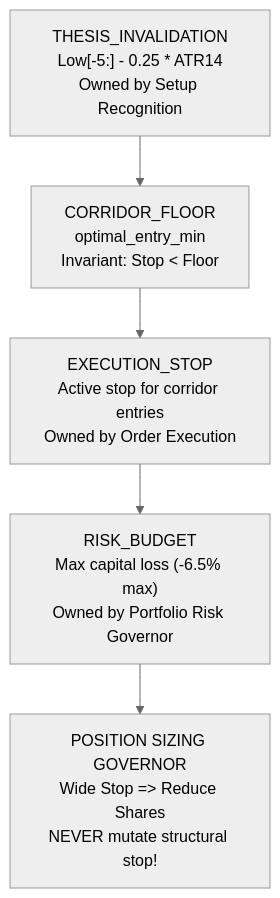
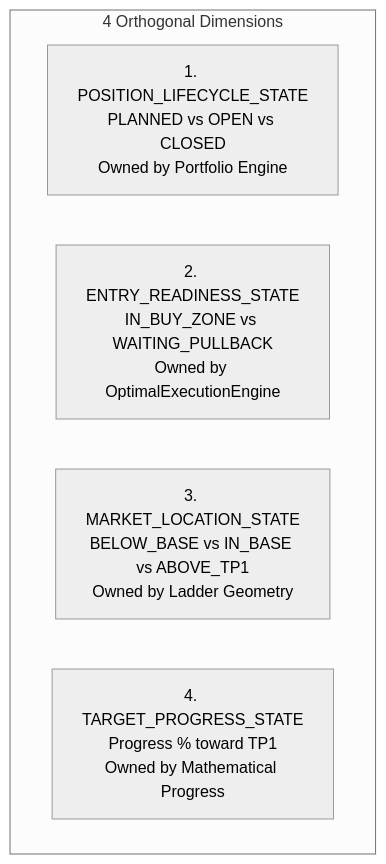
One commit to daakara/finance changed the diagram in docs/governance/EXECUTION_LADDER_REMEDIATION_SPECIFICATION.md. Above: the diagram before and after it, drawn with Mermaid (neutral theme). The commit also changed other lines of this file, not shown here.

Commit message:
docs(governance): close execution ladder TP1 and lifecycle semantics

````diff
--- a/docs/governance/EXECUTION_LADDER_REMEDIATION_SPECIFICATION.md
+++ b/docs/governance/EXECUTION_LADDER_REMEDIATION_SPECIFICATION.md
@@ -73,7 +64,9 @@
 ```mermaid
-flowchart TD
-    A["THESIS_INVALIDATION<br/>Low[-5:] - 0.25 * ATR14<br/>Owned by Setup Recognition"] --> B["CORRIDOR_FLOOR<br/>optimal_entry_min<br/>Invariant: Stop < Floor"]
-    B --> C["EXECUTION_STOP<br/>Active stop for corridor entries<br/>Owned by Order Execution"]
-    C --> D["RISK_BUDGET<br/>Max capital loss (-6.5% max)<br/>Owned by Portfolio Risk Governor"]
-    D --> E["POSITION SIZING GOVERNOR<br/>Wide Stop => Reduce Shares<br/>NEVER mutate structural stop!"]
+graph TD
+    subgraph Dimensions["4 Orthogonal Dimensions"]
+        D1["1. POSITION_LIFECYCLE_STATE<br/>PLANNED vs OPEN vs CLOSED<br/>Owned by Portfolio Engine"]
+        D2["2. ENTRY_READINESS_STATE<br/>IN_BUY_ZONE vs WAITING_PULLBACK<br/>Owned by OptimalExecutionEngine"]
+        D3["3. MARKET_LOCATION_STATE<br/>BELOW_BASE vs IN_BASE vs ABOVE_TP1<br/>Owned by Ladder Geometry"]
+        D4["4. TARGET_PROGRESS_STATE<br/>Progress % toward TP1<br/>Owned by Mathematical Progress"]
+    end
 ```
````
